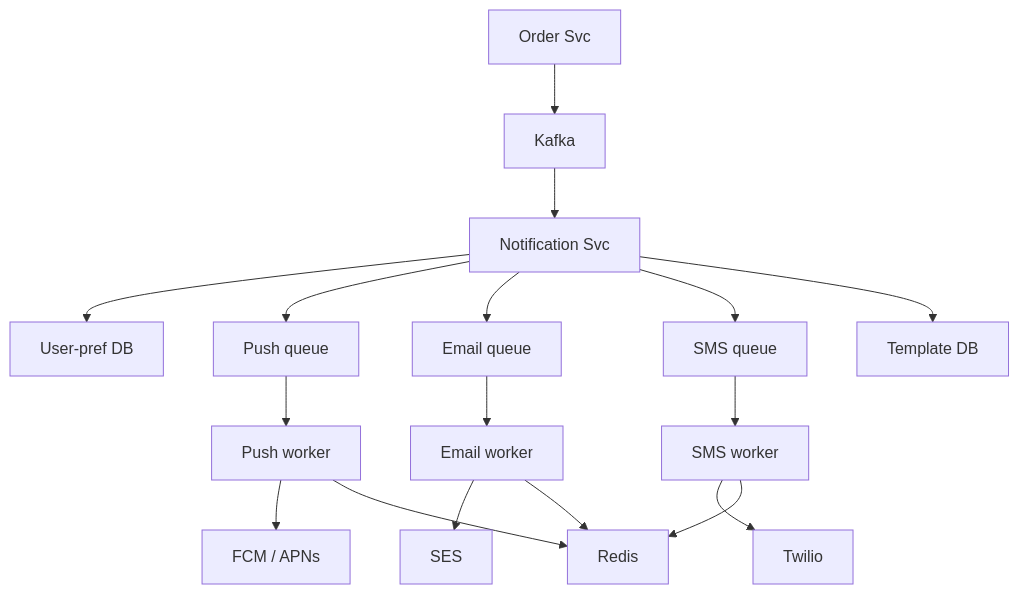
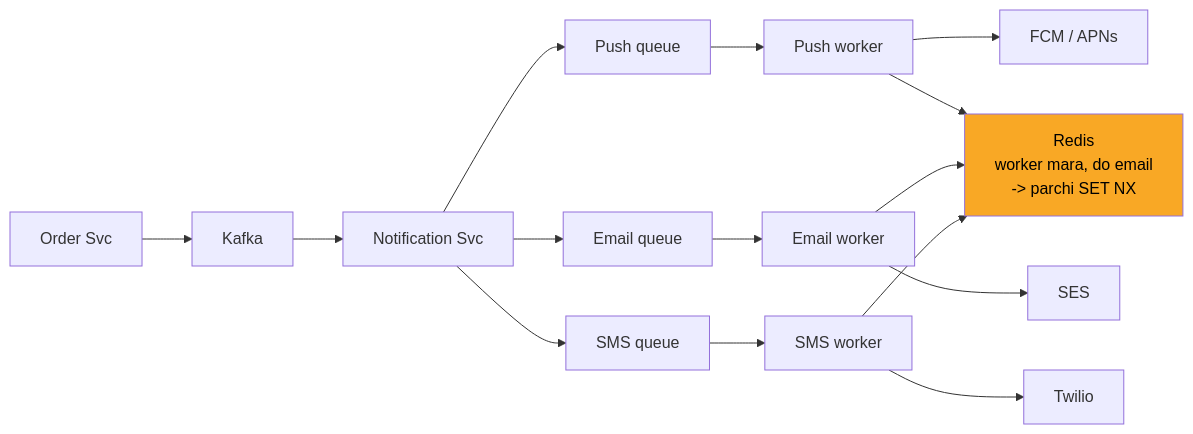
One commit to ArpanMaheshwari144/Prep changed the fourth of 13 diagrams in 04_HLD/SYSTEM_DESIGNS/04_notification_system/04_notification_system.md. Above: the diagram before and after it, drawn with Mermaid. The commit also changed other lines of this file and 2 other files, not shown here.

Commit message:
notification, payment, file upload: one-day story, short cards, follow-ups with rules, highlighted diagrams

````diff
--- a/04_HLD/SYSTEM_DESIGNS/04_notification_system/04_notification_system.md
+++ b/04_HLD/SYSTEM_DESIGNS/04_notification_system/04_notification_system.md
@@ -209,34 +181,31 @@
 ```mermaid
-flowchart TD
+flowchart LR
     n_Order_Svc["Order Svc"]
     n_Kafka["Kafka"]
     n_Notification_Svc["Notification Svc"]
-    n_User_pref_DB["User-pref DB"]
-    n_Template_DB["Template DB"]
     n_Push_queue["Push queue"]
     n_Push_worker["Push worker"]
     n_FCM_APNs["FCM / APNs"]
     n_Email_queue["Email queue"]
     n_Email_worker["Email worker"]
     n_SES["SES"]
     n_SMS_queue["SMS queue"]
     n_SMS_worker["SMS worker"]
     n_Twilio["Twilio"]
-    n_Redis["Redis"]
+    n_Redis["Redis<br/>worker mara, do email<br/>-> parchi SET NX"]
     n_Order_Svc --> n_Kafka
     n_Kafka --> n_Notification_Svc
-    n_Notification_Svc --> n_User_pref_DB
     n_Notification_Svc --> n_Push_queue
     n_Notification_Svc --> n_Email_queue
     n_Notification_Svc --> n_SMS_queue
-    n_Notification_Svc --> n_Template_DB
     n_Push_queue --> n_Push_worker
     n_Push_worker --> n_FCM_APNs
     n_Email_queue --> n_Email_worker
     n_Email_worker --> n_SES
     n_SMS_queue --> n_SMS_worker
     n_SMS_worker --> n_Twilio
-    n_SMS_worker --> n_Redis
     n_Push_worker --> n_Redis
     n_Email_worker --> n_Redis
+    n_SMS_worker --> n_Redis
+    style n_Redis fill:#f9a825,color:#000
 ```
````
